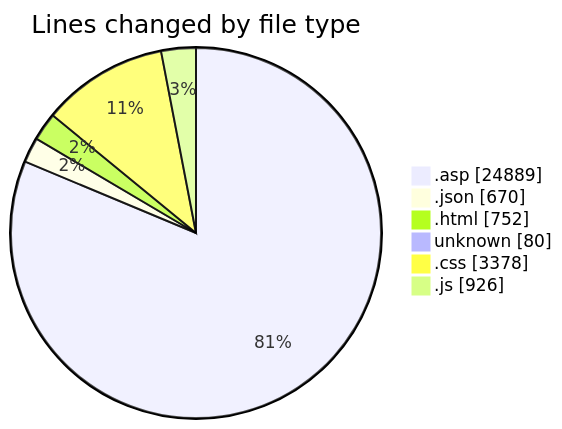
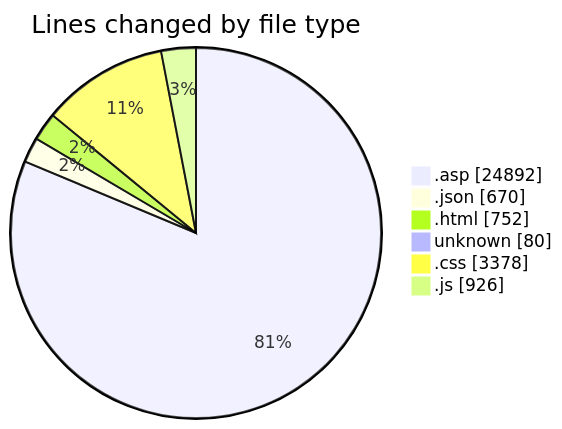
One commit to julien-gomy/code-tracking changed the first of 2 diagrams in 2025-11-01/cdp_aleoudev_fr__workspace_/README.md. Above: the diagram before and after it, drawn with Mermaid. The commit also changed other lines of this file and 1 other file, not shown here.

````diff
--- a/2025-11-01/cdp_aleoudev_fr__workspace_/README.md
+++ b/2025-11-01/cdp_aleoudev_fr__workspace_/README.md
@@ -39,10 +39,10 @@
 ```mermaid
 pie showData
 title Lines changed by file type
-".asp" : 24889
+".asp" : 24892
 ".json" : 670
 ".html" : 752
 "unknown" : 80
 ".css" : 3378
 ".js" : 926
 ```
````
